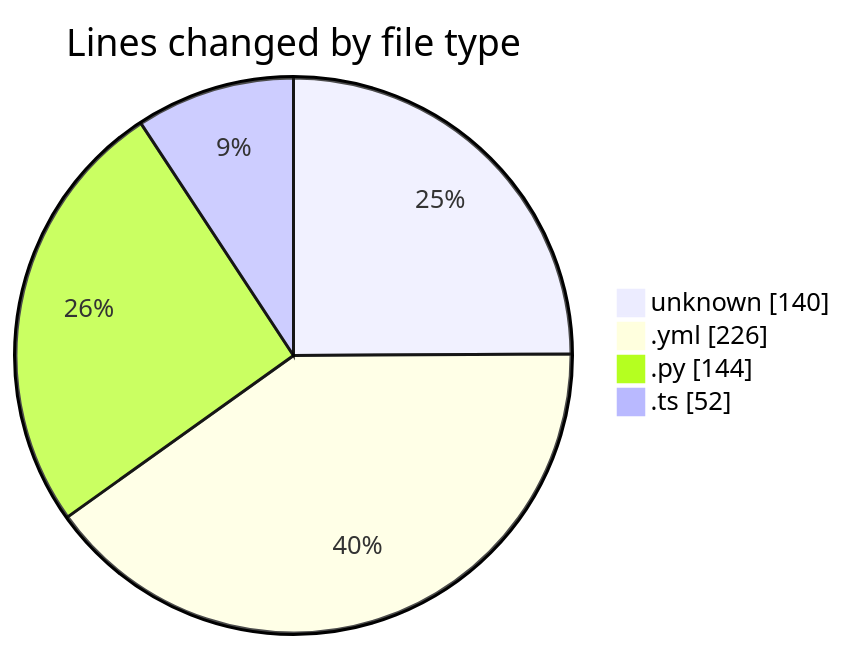
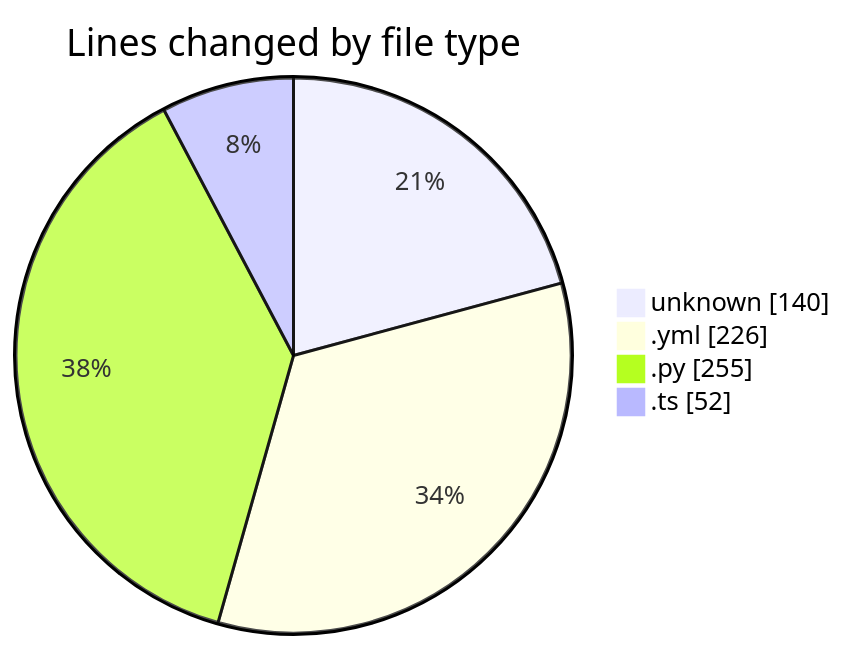
Before and after one commit to Elitesun/code-tracking: the first of 2 diagrams in 2025-05-13/niten/README.md, drawn with Mermaid. The commit also changed other lines of this file and 1 other file, not shown here.

````diff
--- a/2025-05-13/niten/README.md
+++ b/2025-05-13/niten/README.md
@@ -26,8 +27,8 @@
 ```mermaid
 pie showData
 title Lines changed by file type
 "unknown" : 140
 ".yml" : 226
-".py" : 144
+".py" : 255
 ".ts" : 52
 ```
````
